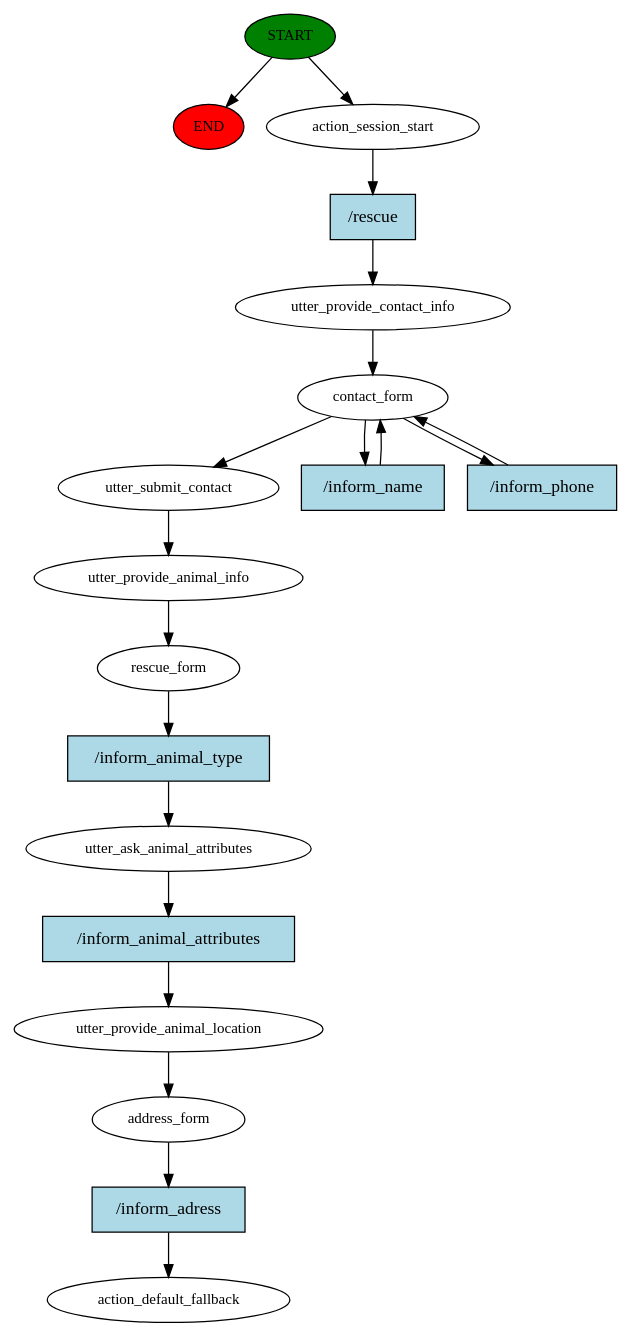
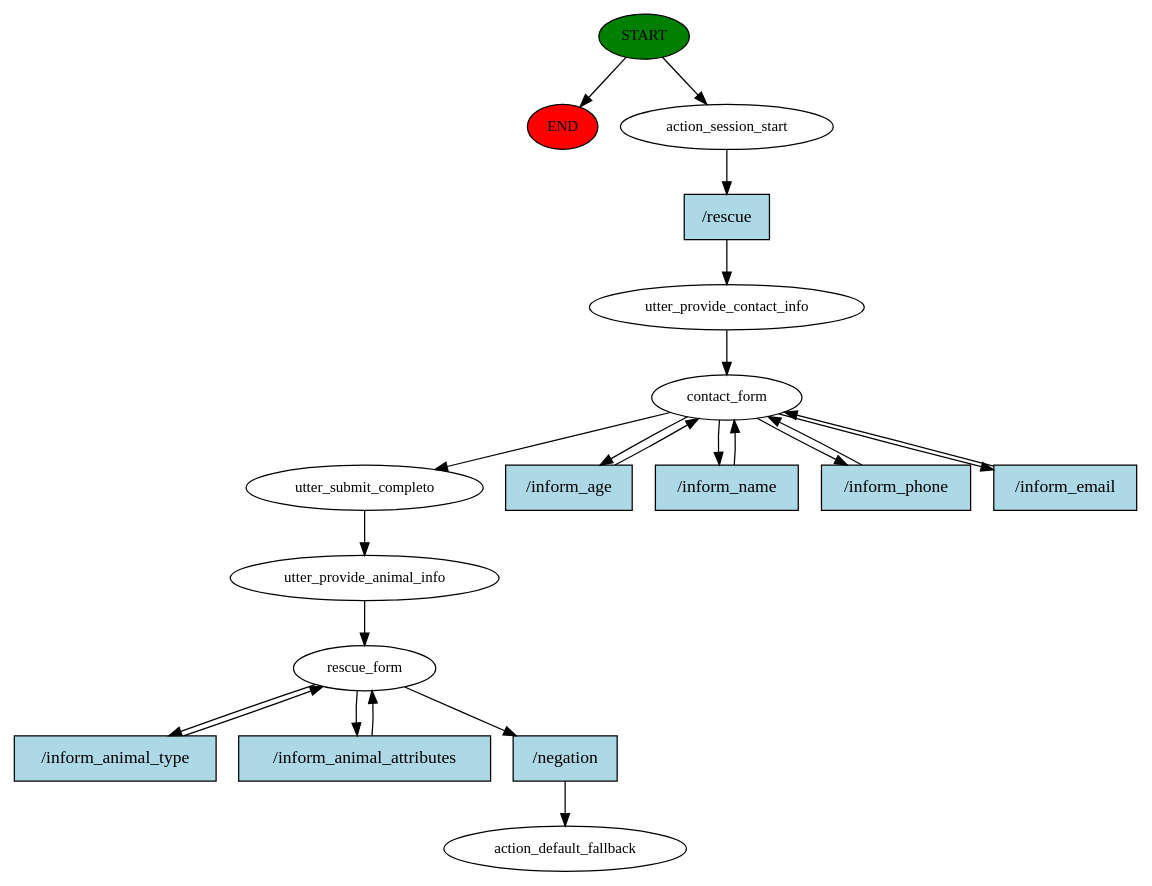
The diagram in story_graph.dot (mercurioLino/av-daap), drawn with Graphviz before and after one commit. The commit also changed 6 other files, not shown here.

```diff
--- a/story_graph.dot
+++ b/story_graph.dot
@@ -1,39 +1,41 @@
 digraph  {
 0 [class="start active", fillcolor=green, fontsize=12, label=START, style=filled];
 "-1" [class=end, fillcolor=red, fontsize=12, label=END, style=filled];
 1 [class=active, fontsize=12, label=action_session_start];
 2 [class=active, fontsize=12, label=utter_provide_contact_info];
 3 [class=active, fontsize=12, label=contact_form];
-6 [class=active, fontsize=12, label=utter_submit_contact];
-7 [class=active, fontsize=12, label=utter_provide_animal_info];
-8 [class=active, fontsize=12, label=rescue_form];
-9 [class=active, fontsize=12, label=utter_ask_animal_attributes];
-10 [class=active, fontsize=12, label=utter_provide_animal_location];
-11 [class=active, fontsize=12, label=address_form];
-12 [class="dashed active", fontsize=12, label=action_default_fallback];
-13 [class="intent active", fillcolor=lightblue, label="/rescue", shape=rect, style=filled];
-14 [class="intent active", fillcolor=lightblue, label="/inform_name", shape=rect, style=filled];
-15 [class="intent active", fillcolor=lightblue, label="/inform_phone", shape=rect, style=filled];
-16 [class="intent active", fillcolor=lightblue, label="/inform_animal_type", shape=rect, style=filled];
-17 [class="intent active", fillcolor=lightblue, label="/inform_animal_attributes", shape=rect, style=filled];
-18 [class="intent active", fillcolor=lightblue, label="/inform_adress", shape=rect, style=filled];
+8 [class=active, fontsize=12, label=utter_submit_completo];
+9 [class=active, fontsize=12, label=utter_provide_animal_info];
+10 [class=active, fontsize=12, label=rescue_form];
+13 [class="dashed active", fontsize=12, label=action_default_fallback];
+14 [class="intent active", fillcolor=lightblue, label="/rescue", shape=rect, style=filled];
+15 [class="intent active", fillcolor=lightblue, label="/inform_age", shape=rect, style=filled];
+16 [class="intent active", fillcolor=lightblue, label="/inform_name", shape=rect, style=filled];
+17 [class="intent active", fillcolor=lightblue, label="/inform_phone", shape=rect, style=filled];
+18 [class="intent active", fillcolor=lightblue, label="/inform_email", shape=rect, style=filled];
+19 [class="intent active", fillcolor=lightblue, label="/inform_animal_type", shape=rect, style=filled];
+20 [class="intent active", fillcolor=lightblue, label="/inform_animal_attributes", shape=rect, style=filled];
+21 [class="intent active", fillcolor=lightblue, label="/negation", shape=rect, style=filled];
 0 -> "-1"  [class="", key=NONE, label=""];
 0 -> 1  [class=active, key=NONE, label=""];
-1 -> 13  [class=active, key=0];
+1 -> 14  [class=active, key=0];
 2 -> 3  [class=active, key=NONE, label=""];
-3 -> 6  [class=active, key=NONE, label=""];
-3 -> 14  [class=active, key=0];
+3 -> 8  [class=active, key=NONE, label=""];
 3 -> 15  [class=active, key=0];
-6 -> 7  [class=active, key=NONE, label=""];
-7 -> 8  [class=active, key=NONE, label=""];
-8 -> 16  [class=active, key=0];
-9 -> 17  [class=active, key=0];
-10 -> 11  [class=active, key=NONE, label=""];
-11 -> 18  [class=active, key=0];
-13 -> 2  [class=active, key=0];
-14 -> 3  [class=active, key=0];
+3 -> 16  [class=active, key=0];
+3 -> 17  [class=active, key=0];
+3 -> 18  [class=active, key=0];
+8 -> 9  [class=active, key=NONE, label=""];
+9 -> 10  [class=active, key=NONE, label=""];
+10 -> 19  [class=active, key=0];
+10 -> 20  [class=active, key=0];
+10 -> 21  [class=active, key=0];
+14 -> 2  [class=active, key=0];
 15 -> 3  [class=active, key=0];
-16 -> 9  [class=active, key=0];
-17 -> 10  [class=active, key=0];
-18 -> 12  [class=active, key=0];
+16 -> 3  [class=active, key=0];
+17 -> 3  [class=active, key=0];
+18 -> 3  [class=active, key=0];
+19 -> 10  [class=active, key=0];
+20 -> 10  [class=active, key=0];
+21 -> 13  [class=active, key=0];
 }
```
